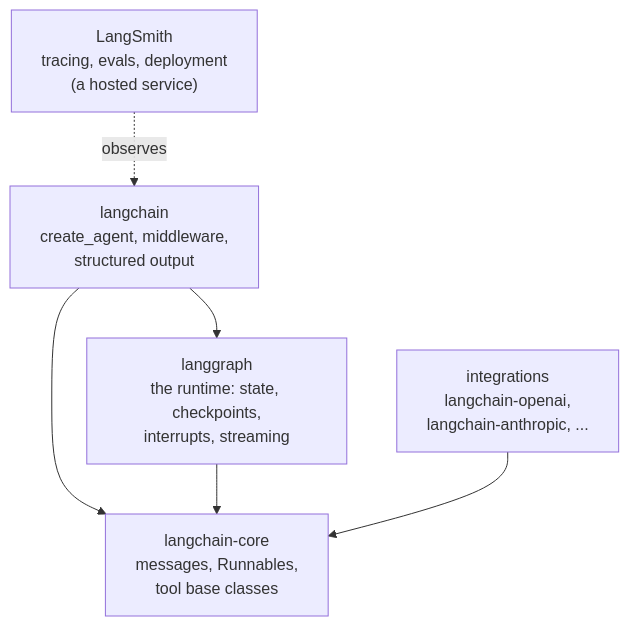
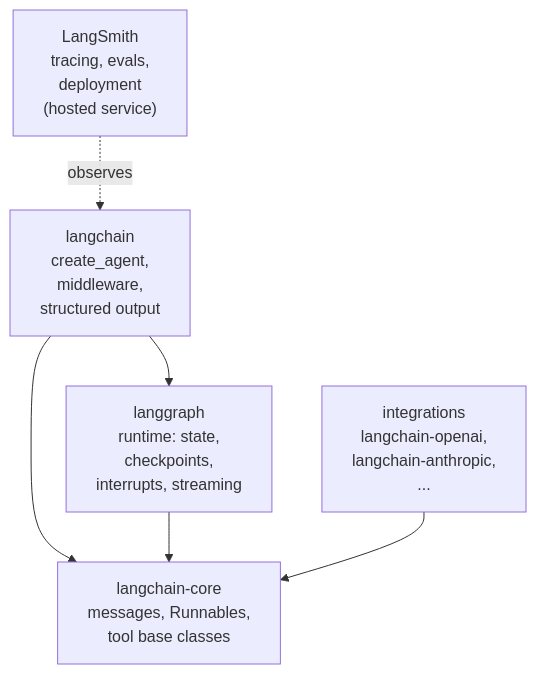
Before and after one commit to shubamchaudhary/CodeNITW: the second of 7 diagrams in src/Data/aiStackDocs/CH-13.md, drawn with Mermaid. The commit also changed other lines of this file and 7 other files, not shown here.

````diff
--- a/src/Data/aiStackDocs/CH-13.md
+++ b/src/Data/aiStackDocs/CH-13.md
@@ -21,13 +19,13 @@
 ```mermaid
 flowchart TB
-    LS["LangSmith<br/>tracing, evals, deployment<br/>(a hosted service)"]
-    LC["langchain<br/>create_agent, middleware,<br/>structured output"]
-    LG["langgraph<br/>the runtime: state, checkpoints,<br/>interrupts, streaming"]
+    LS["LangSmith<br/>tracing, evals,<br/>deployment<br/>(hosted service)"]
+    LC["langchain<br/>create_agent,<br/>middleware,<br/>structured output"]
+    LG["langgraph<br/>runtime: state,<br/>checkpoints,<br/>interrupts, streaming"]
     CO["langchain-core<br/>messages, Runnables,<br/>tool base classes"]
-    IN["integrations<br/>langchain-openai,<br/>langchain-anthropic, ..."]
+    IN["integrations<br/>langchain-openai,<br/>langchain-anthropic,<br/>..."]
     LC --> LG
     LC --> CO
     LG --> CO
     IN --> CO
     LS -.->|"observes"| LC
 ```
````
